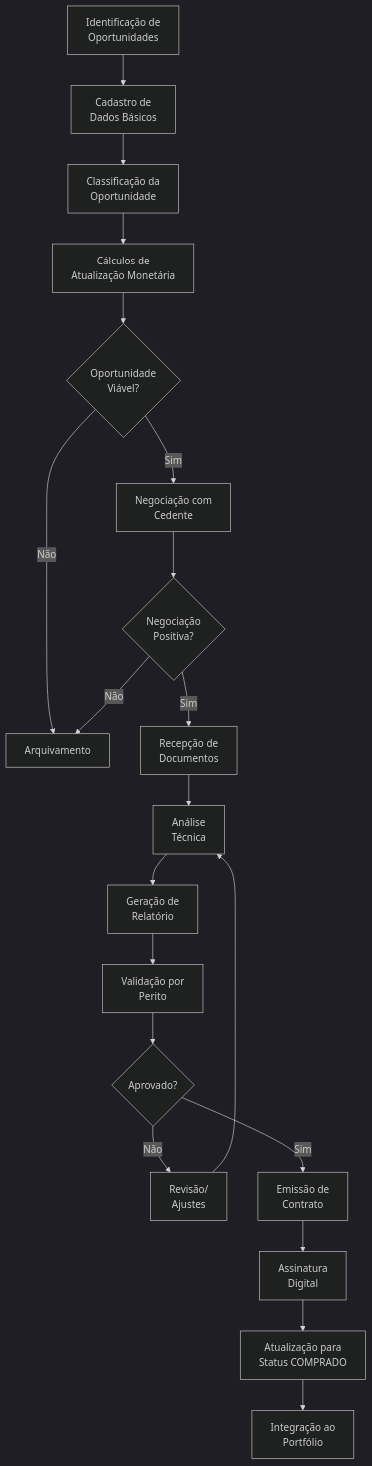
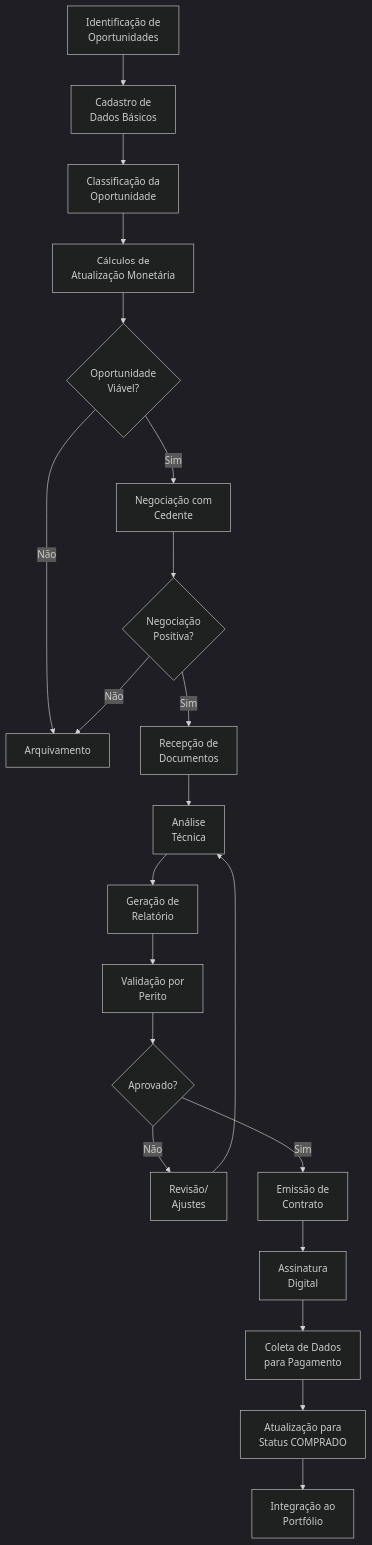
The first of 2 diagrams in docs/especificacao-funcional.md (lucasgiusti/gestao-de-credito), drawn with Mermaid (dark theme) before and after one commit. The commit also changed other lines of this file, not shown here.

Commit message:
inclusão da etapa Colete de Dados para Pagamento

````diff
--- a/docs/especificacao-funcional.md
+++ b/docs/especificacao-funcional.md
@@ -20,22 +20,23 @@
 ```mermaid
 flowchart TD
     A["Identificação de<br>Oportunidades"] --> B["Cadastro de<br>Dados Básicos"]
     B --> C["Classificação da<br>Oportunidade"]
     C --> D["Cálculos de<br>Atualização Monetária"]
     D --> E{"Oportunidade<br>Viável?"}
     E -->|Não| F["Arquivamento"]
     E -->|Sim| G["Negociação com<br>Cedente"]
     G --> H{"Negociação<br>Positiva?"}
     H -->|Não| F
     H -->|Sim| I["Recepção de<br>Documentos"]
     I --> J["Análise<br>Técnica"]
     J --> K["Geração de<br>Relatório"]
     K --> L["Validação por<br>Perito"]
     L --> M{"Aprovado?"}
     M -->|Não| N["Revisão/<br>Ajustes"]
     N --> J
     M -->|Sim| O["Emissão de<br>Contrato"]
     O --> P["Assinatura<br>Digital"]
-    P --> Q["Atualização para<br>Status COMPRADO"]
+    P --> S["Coleta de Dados<br>para Pagamento"]
+    S --> Q["Atualização para<br>Status COMPRADO"]
     Q --> R["Integração ao<br>Portfólio"]
 ```
````
